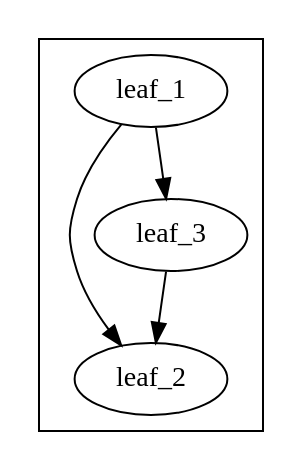
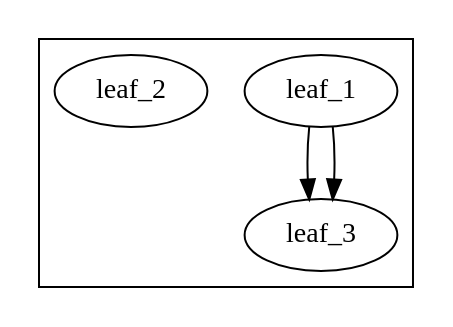
The diagram in x3d/dependency.dot (stefanrinderle/SoftViz3D), drawn with Graphviz before and after one commit. The commit also changed 3 other files, not shown here.

```diff
--- a/x3d/dependency.dot
+++ b/x3d/dependency.dot
@@ -1,10 +1,9 @@
 digraph G {
 	subgraph cluster_node_5 {
 		leaf_1;
 		leaf_2;
-		leaf_1 -> leaf_2;
 		leaf_1 -> leaf_3;
-		leaf_3 -> leaf_2;
 	}
 	leaf_3;
+	leaf_1 -> leaf_3;
 }
```
